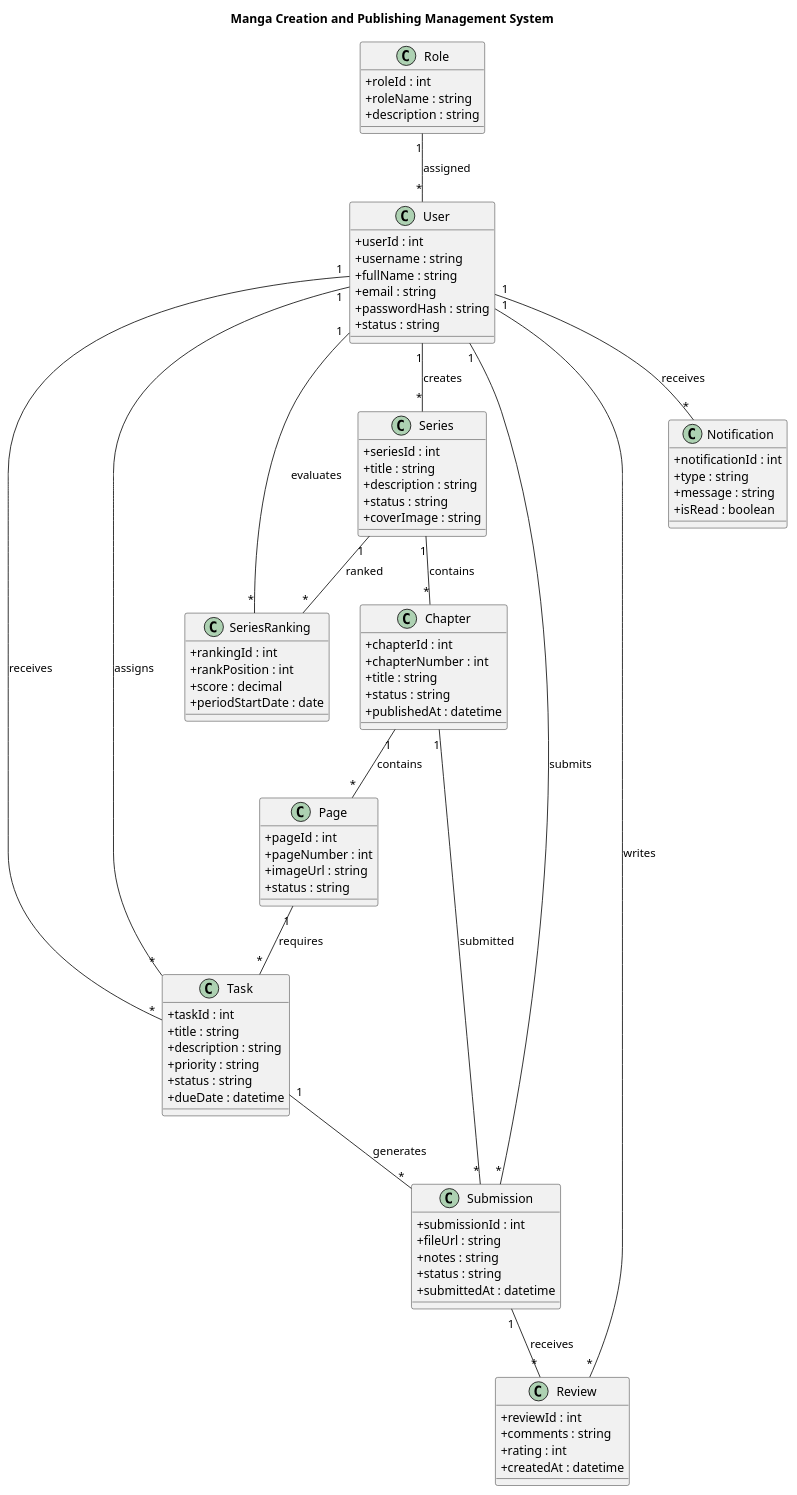
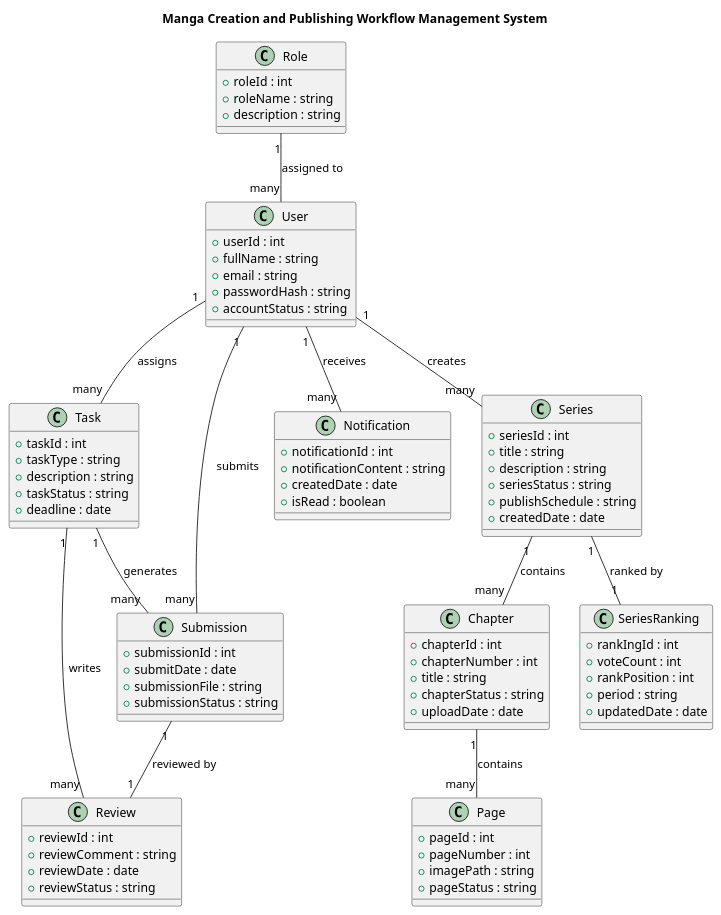
One commit to trongtan0079/Manga-publishing-management-system changed the diagram in UML/Class_Diagram.puml. Above: the diagram before and after it, drawn with PlantUML. The commit also changed 60 other files, not shown here.

```diff
--- a/UML/Class_Diagram.puml
+++ b/UML/Class_Diagram.puml
@@ -1,112 +1,91 @@
 @startuml
-
-title Manga Creation and Publishing Management System
-
-skinparam classAttributeIconSize 0
+title Manga Creation and Publishing Workflow Management System
 
 class Role {
   +roleId : int
   +roleName : string
   +description : string
 }
 
 class User {
   +userId : int
-  +username : string
   +fullName : string
   +email : string
   +passwordHash : string
-  +status : string
+  +accountStatus : string
+}
+
+class Task {
+  +taskId : int
+  +taskType : string
+  +description : string
+  +taskStatus : string
+  +deadline : date
+}
+
+class Submission {
+  +submissionId : int
+  +submitDate : date
+  +submissionFile : string
+  +submissionStatus : string
+}
+
+class Review {
+  +reviewId : int
+  +reviewComment : string
+  +reviewDate : date
+  +reviewStatus : string
+}
+
+class Notification {
+  +notificationId : int
+  +notificationContent : string
+  +createdDate : date
+  +isRead : boolean
 }
 
 class Series {
   +seriesId : int
   +title : string
   +description : string
-  +status : string
-  +coverImage : string
+  +seriesStatus : string
+  +publishSchedule : string
+  +createdDate : date
+}
+
+class SeriesRanking {
+  +rankIngId : int
+  +voteCount : int
+  +rankPosition : int
+  +period : string
+  +updatedDate : date
 }
 
 class Chapter {
   +chapterId : int
   +chapterNumber : int
   +title : string
-  +status : string
-  +publishedAt : datetime
+  +chapterStatus : string
+  +uploadDate : date
 }
 
 class Page {
   +pageId : int
   +pageNumber : int
-  +imageUrl : string
-  +status : string
+  +imagePath : string
+  +pageStatus : string
 }
 
-class Task {
-  +taskId : int
-  +title : string
-  +description : string
-  +priority : string
-  +status : string
-  +dueDate : datetime
-}
-
-class Submission {
-  +submissionId : int
-  +fileUrl : string
-  +notes : string
-  +status : string
-  +submittedAt : datetime
-}
-
-class Review {
-  +reviewId : int
-  +comments : string
-  +rating : int
-  +createdAt : datetime
-}
-
-class SeriesRanking {
-  +rankingId : int
-  +rankPosition : int
-  +score : decimal
-  +periodStartDate : date
-}
-
-class Notification {
-  +notificationId : int
-  +type : string
-  +message : string
-  +isRead : boolean
-}
-
-Role "1" -- "*" User : assigned
-
-User "1" -- "*" Series : creates
-
-Series "1" -- "*" Chapter : contains
-
-Chapter "1" -- "*" Page : contains
-
-Page "1" -- "*" Task : requires
-
-User "1" -- "*" Task : assigns
-User "1" -- "*" Task : receives
-
-Task "1" -- "*" Submission : generates
-
-Chapter "1" -- "*" Submission : submitted
-
-User "1" -- "*" Submission : submits
-
-Submission "1" -- "*" Review : receives
-
-User "1" -- "*" Review : writes
-
-Series "1" -- "*" SeriesRanking : ranked
-
-User "1" -- "*" SeriesRanking : evaluates
-
-User "1" -- "*" Notification : receives
+Role "1" -- "many" User : assigned to
+User "1" -- "many" Series : creates
+Series "1" -- "1" SeriesRanking : ranked by
+Series "1" -- "many" Chapter : contains
+Chapter "1" -- "many" Page : contains
+User "1" -- "many" Submission : submits
+Submission "1" -- "1" Review : reviewed by
+User "1" -- "many" Task : assigns
+Task "1" -- "many" Submission : generates
+Task "1" -- "many" Review : writes
+User "1" -- "many" Notification : receives
 
 @enduml
```
